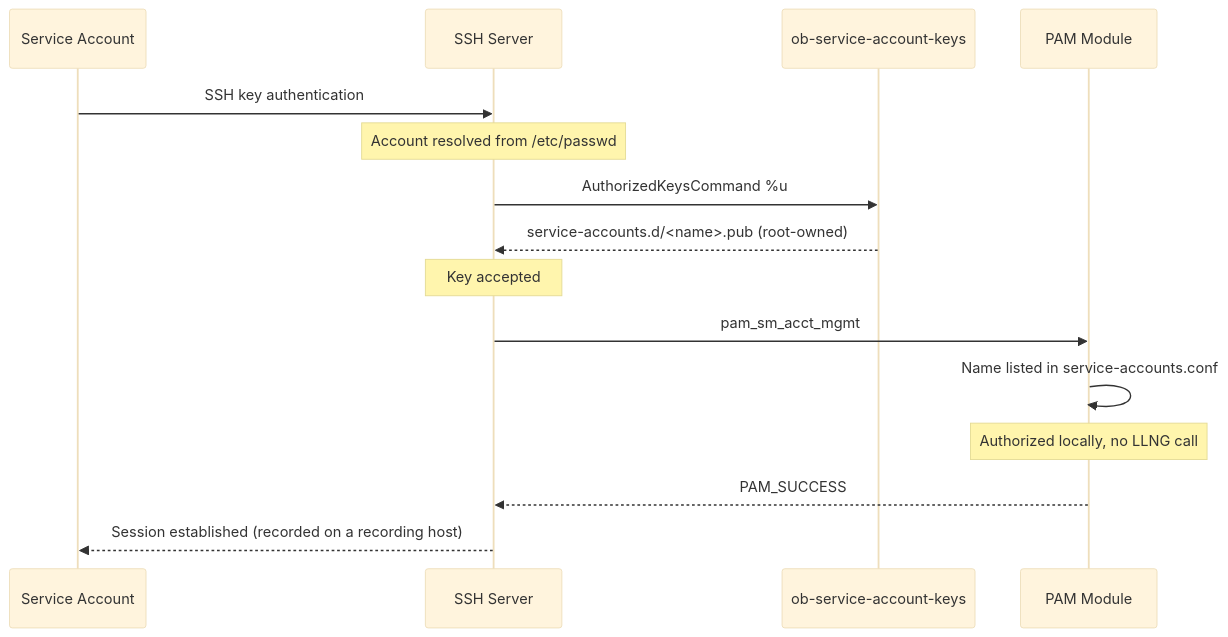
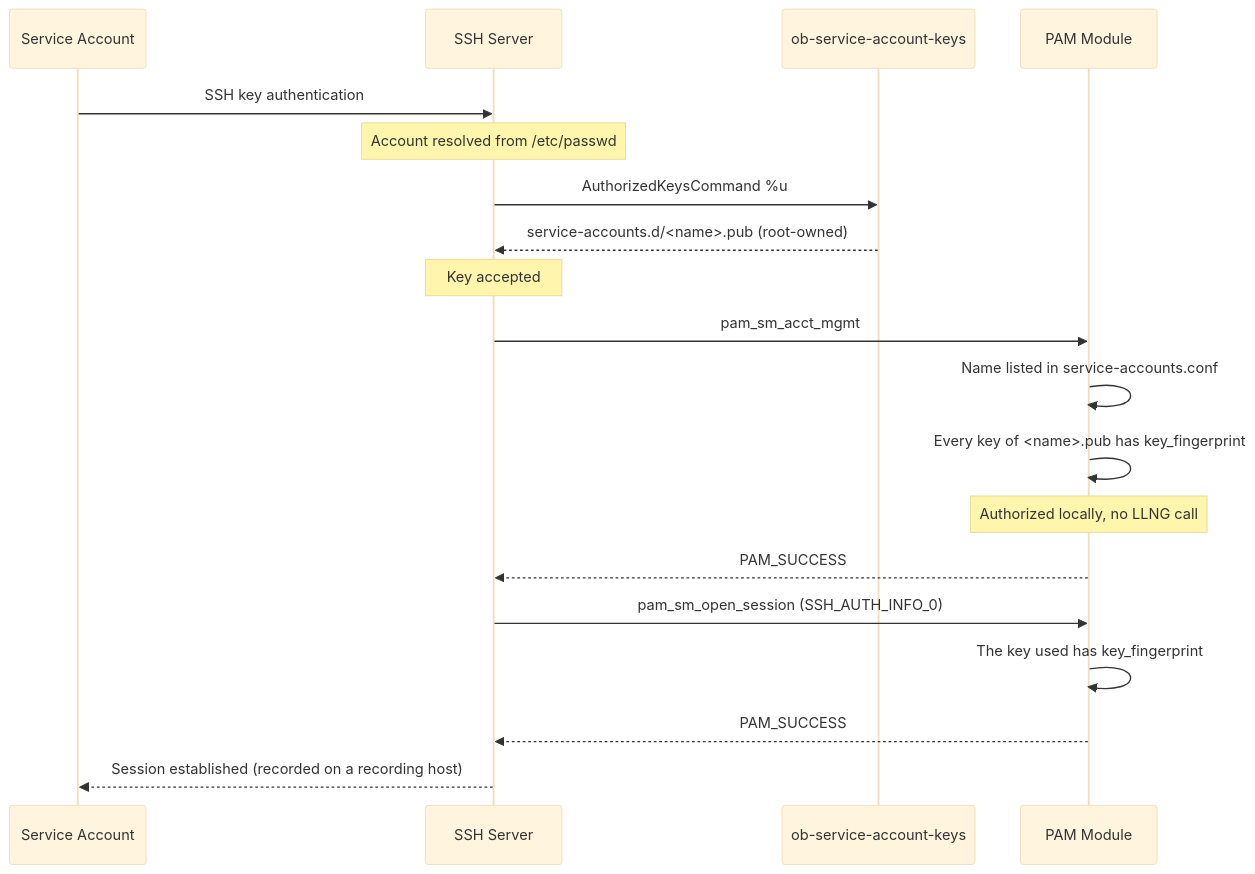
One commit to linagora/open-bastion changed the third of 4 diagrams in doc/references/security-reference.rst. Above: the diagram before and after it, drawn with Mermaid (base theme). The commit also changed other lines of this file and 11 other files, not shown here.

First line of the commit message:
docs: key_fingerprint is enforced, authorized_keys under Mode E (#358)

```diff
--- a/doc/references/security-reference.rst
+++ b/doc/references/security-reference.rst
@@ -654,18 +654,22 @@
 .. mermaid::
 
    sequenceDiagram
        participant SA as Service Account
        participant SSH as SSH Server
        participant AKC as ob-service-account-keys
        participant PAM as PAM Module
 
        SA->>SSH: SSH key authentication
        Note over SSH: Account resolved from /etc/passwd
        SSH->>AKC: AuthorizedKeysCommand %u
        AKC-->>SSH: service-accounts.d/<name>.pub (root-owned)
        Note over SSH: Key accepted
        SSH->>PAM: pam_sm_acct_mgmt
        PAM->>PAM: Name listed in service-accounts.conf
+       PAM->>PAM: Every key of <name>.pub has key_fingerprint
        Note over PAM: Authorized locally, no LLNG call
        PAM-->>SSH: PAM_SUCCESS
+       SSH->>PAM: pam_sm_open_session (SSH_AUTH_INFO_0)
+       PAM->>PAM: The key used has key_fingerprint
+       PAM-->>SSH: PAM_SUCCESS
        SSH-->>SA: Session established (recorded on a recording host)
```
